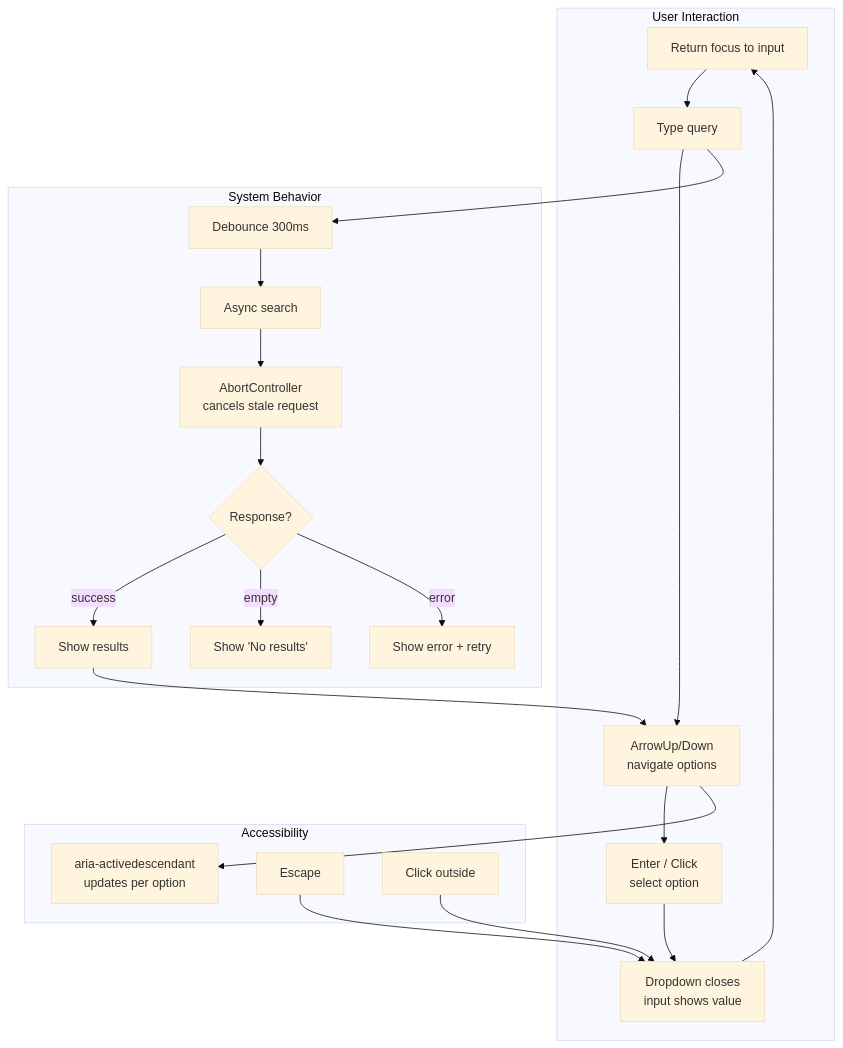
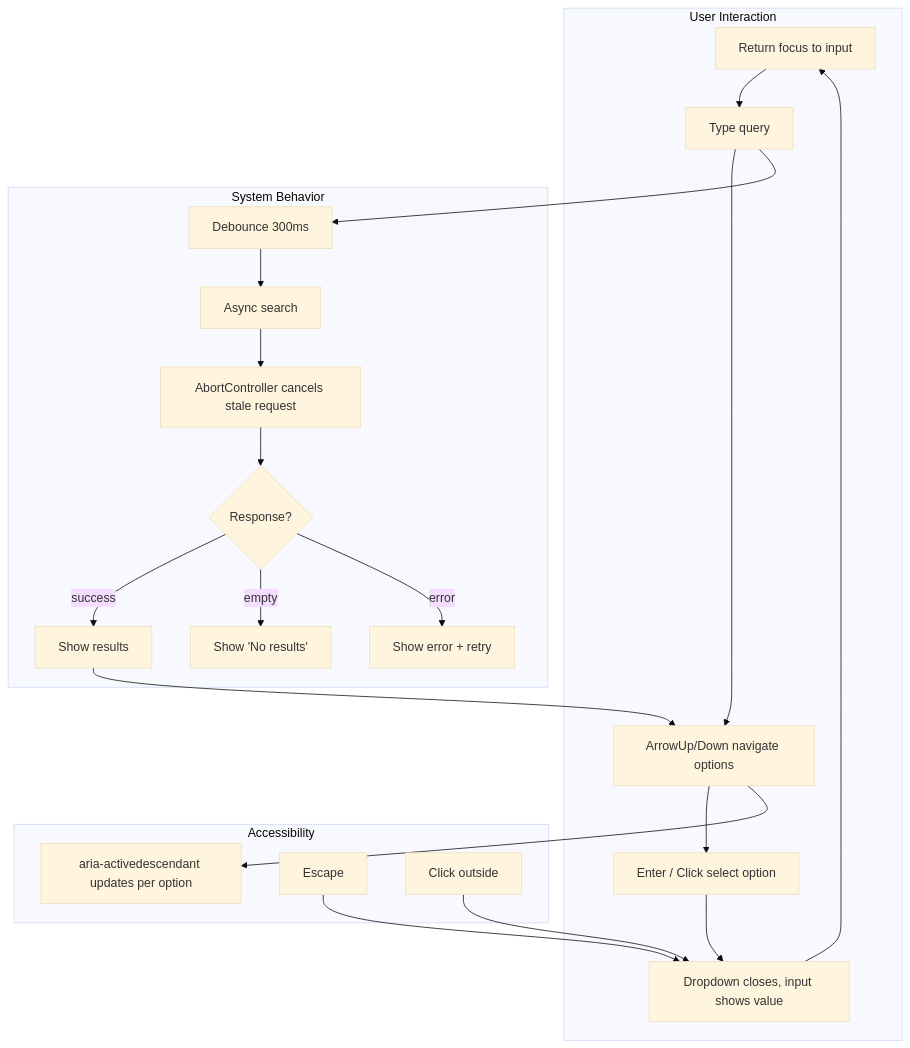
The first of 2 diagrams in packages/content/content/29-react-machine-coding.mdx (ashishxcode/frontend-internals), drawn with Mermaid (base theme) before and after one commit. The commit also changed other lines of this file and 29 other files, not shown here.

Commit message:
rewrite: roadmap engineer-to-engineer + all 34 chapters new spec

````diff
--- a/packages/content/content/29-react-machine-coding.mdx
+++ b/packages/content/content/29-react-machine-coding.mdx
@@ -54,28 +42,25 @@
 ```mermaid
 flowchart TB
   subgraph User["User Interaction"]
     Focus["Focus input"] --> Type["Type query"]
-    Type --> Nav["ArrowUp/Down<br/>navigate options"]
-    Nav --> Select["Enter / Click<br/>select option"]
-    Select --> Close["Dropdown closes<br/>input shows value"]
+    Type --> Nav["ArrowUp/Down navigate options"]
+    Nav --> Select["Enter / Click select option"]
+    Select --> Close["Dropdown closes, input shows value"]
   end
-
   subgraph System["System Behavior"]
     Type --> Debounce["Debounce 300ms"]
     Debounce --> Async["Async search"]
-    Async --> Cancel["AbortController<br/>cancels stale request"]
+    Async --> Cancel["AbortController cancels stale request"]
     Cancel --> Resolve{"Response?"}
     Resolve -->|"success"| Show["Show results"]
     Resolve -->|"empty"| Empty["Show 'No results'"]
     Resolve -->|"error"| Error["Show error + retry"]
   end
-
   subgraph A11y["Accessibility"]
-    Nav --> Aria["aria-activedescendant<br/>updates per option"]
+    Nav --> Aria["aria-activedescendant updates per option"]
     Close --> Focus["Return focus to input"]
     Key["Escape"] --> Close
     Outside["Click outside"] --> Close
   end
-
   Show --> Nav
 ```
````
